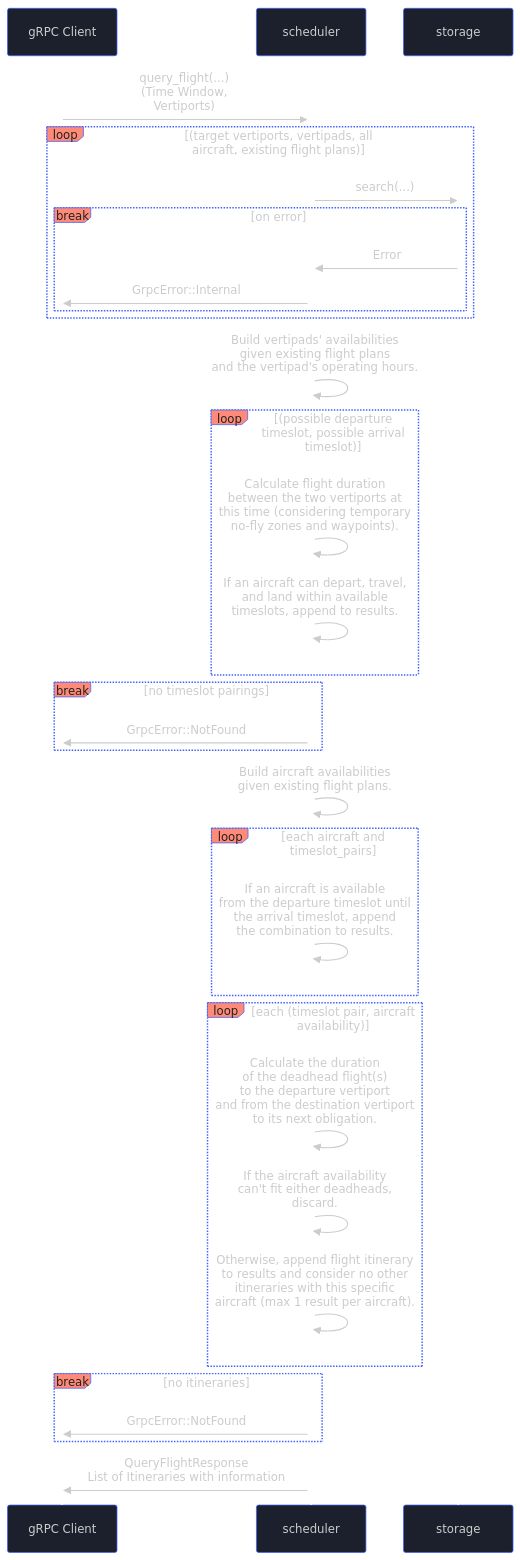
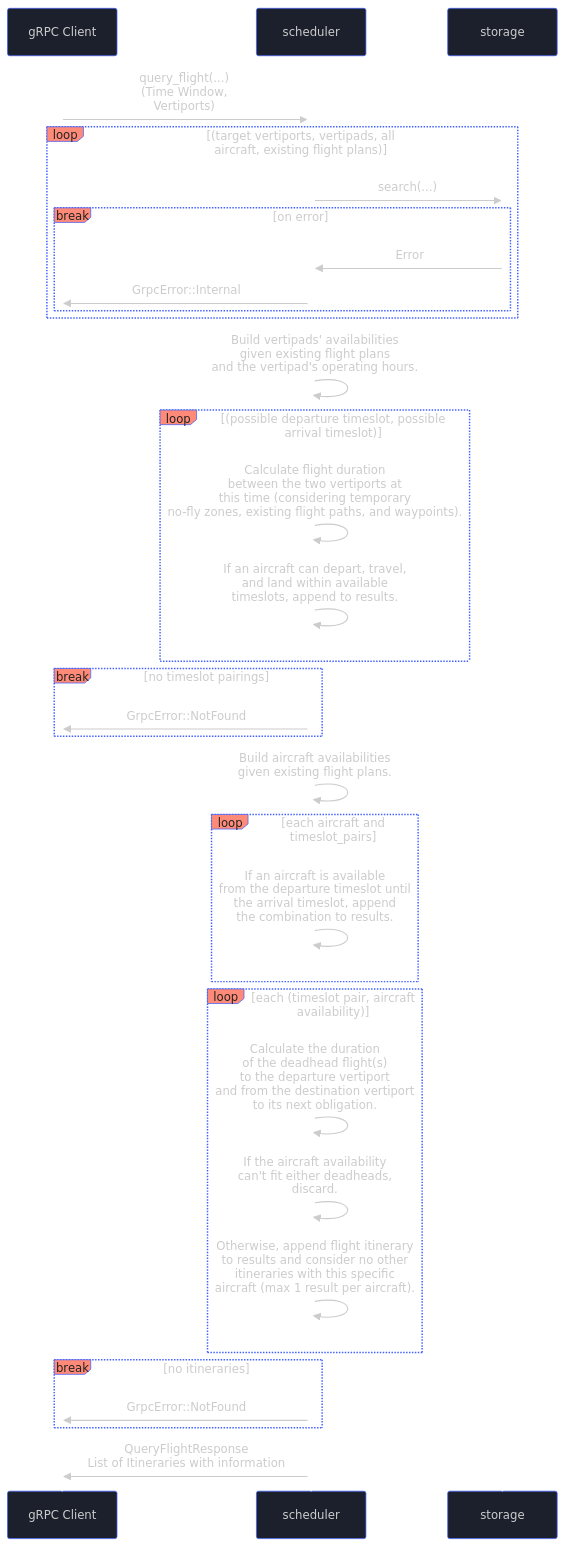
Before and after one commit to aetheric-oss/svc-scheduler: the ninth of 9 diagrams in docs/sdd.md, drawn with Mermaid. The commit also changed other lines of this file and 13 other files, not shown here.

````diff
--- a/docs/sdd.md
+++ b/docs/sdd.md
@@ -527,60 +527,60 @@
 ```mermaid
 %%{
   init: {
     'theme': 'base',
     'themeVariables': {
       'primaryColor': '#1B202C',
       'primaryBorderColor': '#4060FF',
       'primaryTextColor': '#CCC',
       'actorLineColor': '#fff',
       'labelBoxBkgColor': '#FF8A78',
       'labelTextColor': '#222',
       'sequenceNumberColor': '#1B202C',
       'noteBkgColor': '#D6D6D6',
       'noteTextColor': '#222',
       'activationBkgColor': '#FF8A78'
     }
   }
 }%%
 sequenceDiagram
     participant client as gRPC Client
 
     client->>+scheduler: query_flight(...)<br>(Time Window,<br>Vertiports)
     loop (target vertiports, vertipads, all aircraft, existing flight plans)
         scheduler->>storage: search(...)
         break on error
         storage->>scheduler: Error
         scheduler->>client: GrpcError::Internal
         end
     end
     
     scheduler->>scheduler: Build vertipads' availabilities<br>given existing flight plans<br>and the vertipad's operating hours.
     
     loop (possible departure timeslot, possible arrival timeslot)
-        scheduler->>scheduler: Calculate flight duration <br>between the two vertiports at<br>this time (considering temporary<br>no-fly zones and waypoints).
+        scheduler->>scheduler: Calculate flight duration <br>between the two vertiports at<br>this time (considering temporary<br>no-fly zones, existing flight paths, and waypoints).
         scheduler->>scheduler: If an aircraft can depart, travel,<br>and land within available<br>timeslots, append to results.
     end
 
     break no timeslot pairings
         scheduler->>client: GrpcError::NotFound
     end
 
     scheduler->>scheduler: Build aircraft availabilities<br>given existing flight plans.
 
     loop each aircraft and timeslot_pairs
         scheduler->>scheduler: If an aircraft is available<br>from the departure timeslot until<br>the arrival timeslot, append<br>the combination to results.
     end
 
     loop each (timeslot pair, aircraft availability)
         scheduler->>scheduler: Calculate the duration<br> of the deadhead flight(s)<br>to the departure vertiport<br>and from the destination vertiport<br>to its next obligation.
         scheduler->>scheduler: If the aircraft availability<br>can't fit either deadheads,<br> discard.
         scheduler->>scheduler: Otherwise, append flight itinerary<br>to results and consider no other<br>itineraries with this specific<br>aircraft (max 1 result per aircraft).
     end
 
     break no itineraries
         scheduler->>client: GrpcError::NotFound
     end
 
 
     scheduler->>client: QueryFlightResponse<br>List of Itineraries with information
 ```
````
